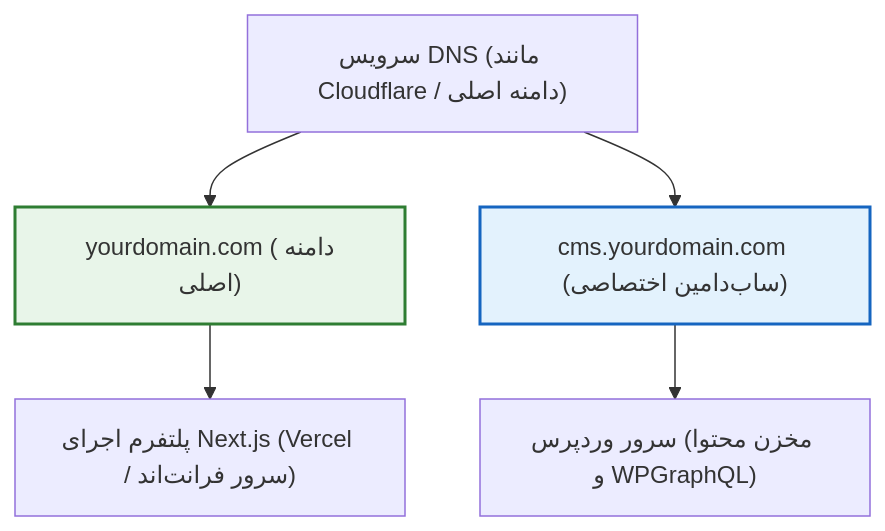
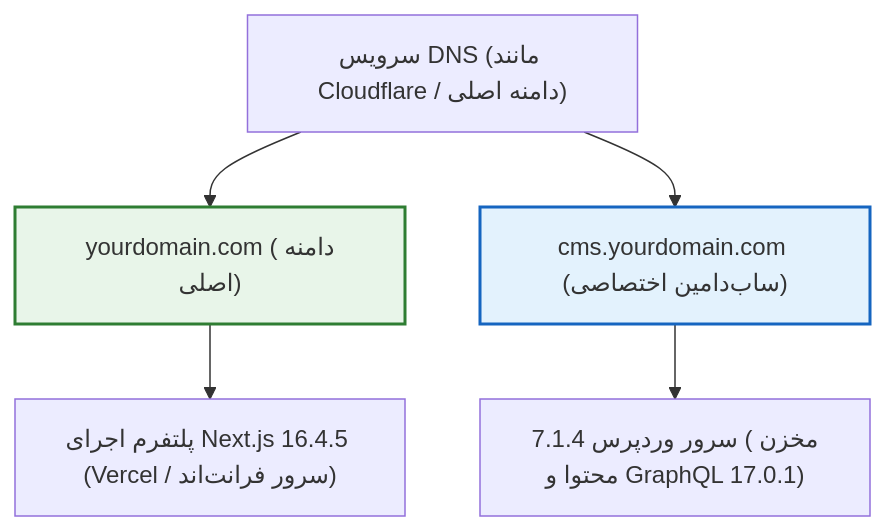
The diagram in book/02-infrastructure-and-database.md (herehossein/headlessWP-nextJS), drawn with Mermaid before and after one commit. The commit also changed other lines of this file and 4 other files, not shown here.

````diff
--- a/book/02-infrastructure-and-database.md
+++ b/book/02-infrastructure-and-database.md
@@ -13,11 +13,11 @@
 ```mermaid
 flowchart TD
     DNS["سرویس DNS (مانند Cloudflare / دامنه اصلی)"] --> MainDomain["yourdomain.com (دامنه اصلی)"]
     DNS --> SubDomain["cms.yourdomain.com (ساب‌دامین اختصاصی)"]
 
-    MainDomain --> Frontend["پلتفرم اجرای Next.js (Vercel / سرور فرانت‌اند)"]
-    SubDomain --> Backend["سرور وردپرس (مخزن محتوا و WPGraphQL)"]
+    MainDomain --> Frontend["پلتفرم اجرای Next.js 16.4.5 (Vercel / سرور فرانت‌اند)"]
+    SubDomain --> Backend["سرور وردپرس 7.1.4 (مخزن محتوا و GraphQL 17.0.1)"]
 
     style MainDomain fill:#e8f5e9,stroke:#2e7d32,stroke-width:2px
     style SubDomain fill:#e3f2fd,stroke:#1565c0,stroke-width:2px
 ```
````
